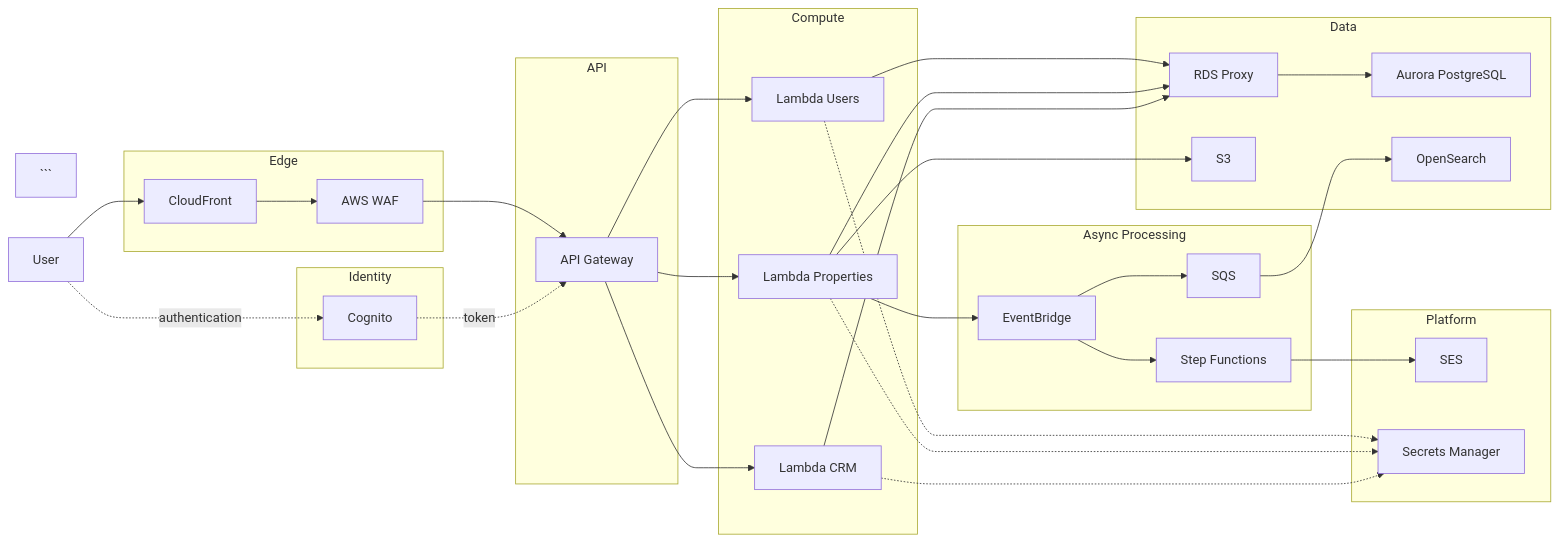
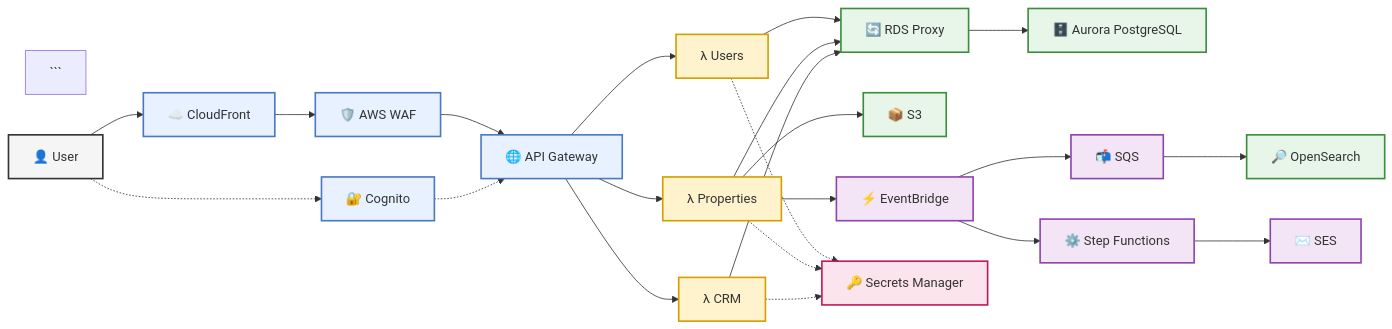
The diagram in architecture/diagrams/high-level.mmd (mondirbada/real-estate-infrastracture), drawn with Mermaid before and after one commit.

Commit message:
ennesimo fix diagramma marmaid

````diff
--- a/architecture/diagrams/high-level.mmd
+++ b/architecture/diagrams/high-level.mmd
@@ -1,72 +1,75 @@
 flowchart LR
 
 ```
-User["User"]
+User["👤 User"]
 
-subgraph Edge["Edge"]
-    CloudFront["CloudFront"]
-    WAF["AWS WAF"]
-end
+CloudFront["☁️ CloudFront"]
+WAF["🛡️ AWS WAF"]
 
-subgraph Identity["Identity"]
-    Cognito["Cognito"]
-end
+Cognito["🔐 Cognito"]
+API["🌐 API Gateway"]
 
-subgraph API["API"]
-    APIGateway["API Gateway"]
-end
+LambdaUsers["λ Users"]
+LambdaProperties["λ Properties"]
+LambdaCRM["λ CRM"]
 
-subgraph Compute["Compute"]
-    Users["Lambda Users"]
-    Properties["Lambda Properties"]
-    CRM["Lambda CRM"]
-end
+Proxy["🔄 RDS Proxy"]
+Aurora["🗄️ Aurora PostgreSQL"]
 
-subgraph Data["Data"]
-    RDSProxy["RDS Proxy"]
-    Aurora["Aurora PostgreSQL"]
-    S3["S3"]
-    OpenSearch["OpenSearch"]
-end
+S3["📦 S3"]
 
-subgraph Async["Async Processing"]
-    EventBridge["EventBridge"]
-    SQS["SQS"]
-    StepFunctions["Step Functions"]
-end
+EventBridge["⚡ EventBridge"]
+SQS["📬 SQS"]
+OpenSearch["🔎 OpenSearch"]
 
-subgraph Platform["Platform"]
-    SES["SES"]
-    Secrets["Secrets Manager"]
-end
+StepFunctions["⚙️ Step Functions"]
+SES["✉️ SES"]
+
+Secrets["🔑 Secrets Manager"]
+
 
 User --> CloudFront
 CloudFront --> WAF
-WAF --> APIGateway
+WAF --> API
 
-User -. "authentication" .-> Cognito
-Cognito -. "token" .-> APIGateway
+User -.-> Cognito
+Cognito -.-> API
 
-APIGateway --> Users
-APIGateway --> Properties
-APIGateway --> CRM
+API --> LambdaUsers
+API --> LambdaProperties
+API --> LambdaCRM
 
-Users --> RDSProxy
-Properties --> RDSProxy
-CRM --> RDSProxy
+LambdaUsers --> Proxy
+LambdaProperties --> Proxy
+LambdaCRM --> Proxy
 
-RDSProxy --> Aurora
+Proxy --> Aurora
 
-Properties --> S3
-Properties --> EventBridge
+LambdaProperties --> S3
+LambdaProperties --> EventBridge
 
 EventBridge --> SQS
+SQS --> OpenSearch
+
 EventBridge --> StepFunctions
-
-SQS --> OpenSearch
 StepFunctions --> SES
 
-Users -.-> Secrets
-Properties -.-> Secrets
-CRM -.-> Secrets
+LambdaUsers -.-> Secrets
+LambdaProperties -.-> Secrets
+LambdaCRM -.-> Secrets
+
+
+classDef user fill:#f5f5f5,stroke:#333,stroke-width:2px;
+classDef edge fill:#e8f1ff,stroke:#4a78c2,stroke-width:2px;
+classDef compute fill:#fff3cd,stroke:#d39e00,stroke-width:2px;
+classDef data fill:#e8f5e9,stroke:#388e3c,stroke-width:2px;
+classDef async fill:#f3e5f5,stroke:#8e44ad,stroke-width:2px;
+classDef security fill:#fce4ec,stroke:#c2185b,stroke-width:2px;
+
+class User user;
+class CloudFront,WAF,Cognito,API edge;
+class LambdaUsers,LambdaProperties,LambdaCRM compute;
+class Proxy,Aurora,S3,OpenSearch data;
+class EventBridge,SQS,StepFunctions,SES async;
+class Secrets security;
 ```
````
